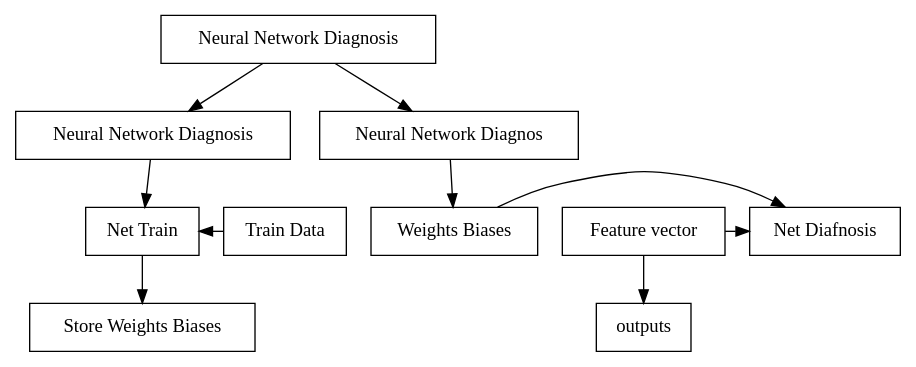
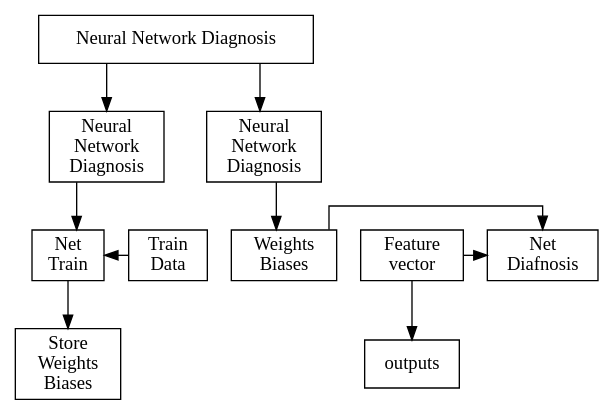
The diagram in tex/figs/procedure.dot (jn7163/Control_and_Desicion_Autoencoder_Paper), drawn with Graphviz before and after one commit. The commit also changed 14 other files, not shown here.

```diff
--- a/tex/figs/procedure.dot
+++ b/tex/figs/procedure.dot
@@ -1,24 +1,25 @@
 digraph procedure{
     //rankdir="LR"
     node[shape="box"]
+    splines=ortho
     //edge[style="straight"]
     main[label="Neural Network Diagnosis"]
-    nnt[label="Neural Network Diagnosis"]
-    nnd[label="Neural Network Diagnos"]
-    td[label="Train Data"]
-    nt[label="Net Train"]
-    nd[label="Net Diafnosis"]
-    wb[label="Weights Biases"]
-    fv[label="Feature vector"]
-    swb[label="Store Weights Biases"]
+    nnt[label="Neural \nNetwork \nDiagnosis"]
+    nnd[label="Neural \nNetwork \nDiagnosis"]
+    td[label="Train \nData"]
+    nt[label="Net \nTrain"]
+    nd[label="Net \nDiafnosis"]
+    wb[label="Weights \nBiases"]
+    fv[label="Feature \nvector"]
+    swb[label="Store \nWeights \nBiases"]
     o[label="outputs"]
 
     main -> {nnt nnd}
     nnt -> nt -> swb
     td -> nt
     nnd -> wb
     {wb, fv} -> nd
     fv -> o
     {rank=same; td nt nd wb fv}
     {rank=same; swb o}
 }
```
